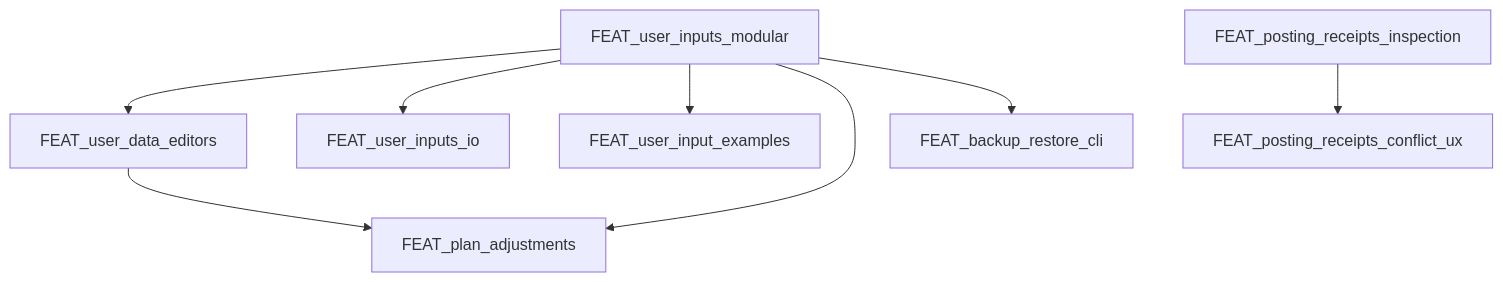
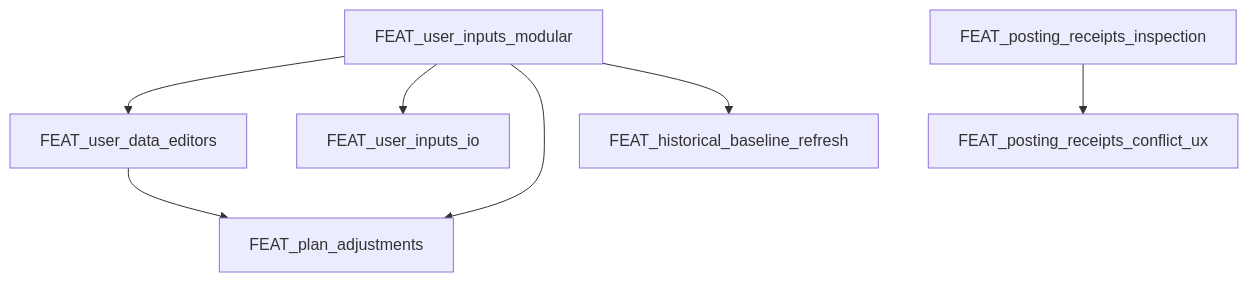
The diagram in doc/overview/feature_backlog.md (albauer-priv/RPS), drawn with Mermaid before and after one commit. The commit also changed other lines of this file and 78 other files, not shown here.

Commit message:
Implement modular user inputs and refresh docs

````diff
--- a/doc/overview/feature_backlog.md
+++ b/doc/overview/feature_backlog.md
@@ -44,10 +41,9 @@
 ```mermaid
 flowchart TD
   A["FEAT_user_inputs_modular"] --> B["FEAT_user_data_editors"]
   A --> C["FEAT_user_inputs_io"]
-  A --> D["FEAT_user_input_examples"]
   A --> E["FEAT_plan_adjustments"]
   B --> E
-  A --> F["FEAT_backup_restore_cli"]
+  A --> I["FEAT_historical_baseline_refresh"]
   G["FEAT_posting_receipts_inspection"] --> H["FEAT_posting_receipts_conflict_ux"]
 ```
````
